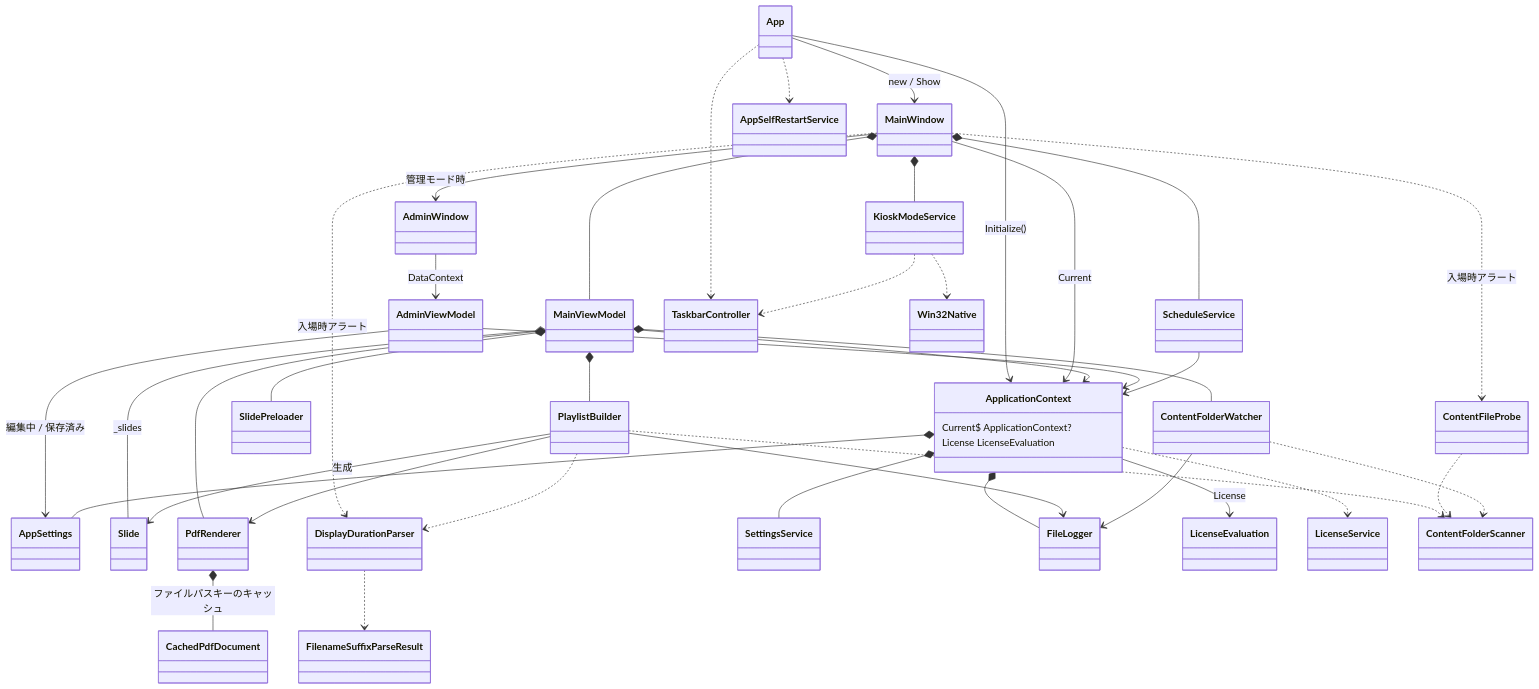
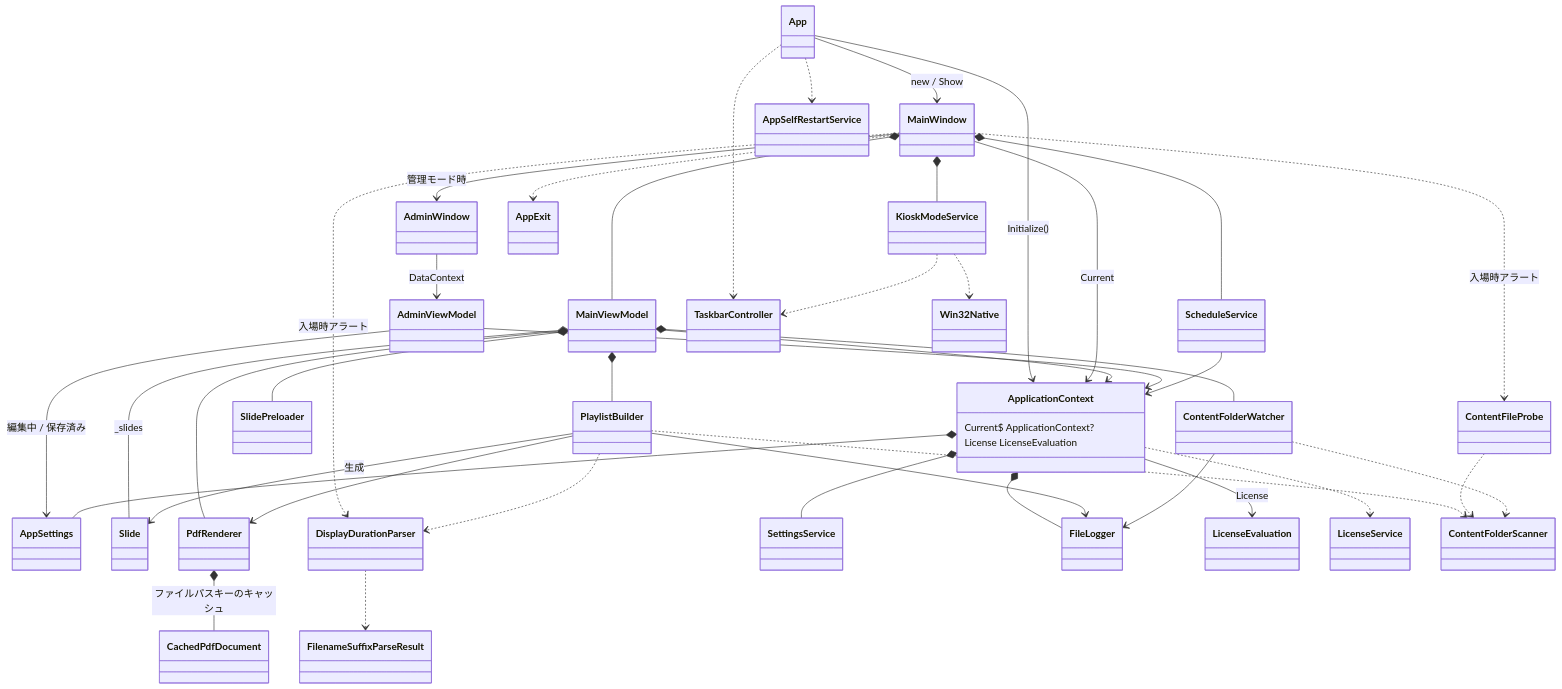
Before and after one commit to kamanori3/SimpleDigitalSignage: the first of 10 diagrams in docs/クラス設計図.md, drawn with Mermaid. The commit also changed other lines of this file and 27 other files, not shown here.

````diff
--- a/docs/クラス設計図.md
+++ b/docs/クラス設計図.md
@@ -33,76 +33,77 @@
 ```mermaid
 classDiagram
   direction TB
 
   class App
   class ApplicationContext {
     Current$ ApplicationContext?
     License LicenseEvaluation
   }
   class MainWindow
   class AdminWindow
   class MainViewModel
   class AdminViewModel
   class AppSettings
   class Slide
   class DisplayDurationParser
   class ContentFileProbe
   class FilenameSuffixParseResult
   class PlaylistBuilder
   class PdfRenderer
   class CachedPdfDocument
   class SlidePreloader
   class ContentFolderWatcher
   class ScheduleService
   class KioskModeService
   class SettingsService
   class FileLogger
 
   App --> ApplicationContext : Initialize()
   App --> MainWindow : new / Show
   App ..> AppSelfRestartService
   App ..> TaskbarController
 
   MainWindow *-- MainViewModel
   MainWindow *-- KioskModeService
   MainWindow *-- ScheduleService
   MainWindow --> AdminWindow : 管理モード時
   MainWindow --> ApplicationContext : Current
+  MainWindow ..> AppExit
   MainWindow ..> DisplayDurationParser : 入場時アラート
   MainWindow ..> ContentFileProbe : 入場時アラート
 
   AdminWindow --> AdminViewModel : DataContext
 
   MainViewModel --> ApplicationContext
   MainViewModel *-- PdfRenderer
   MainViewModel *-- PlaylistBuilder
   MainViewModel *-- SlidePreloader
   MainViewModel *-- ContentFolderWatcher
   MainViewModel o-- Slide : _slides
 
   AdminViewModel --> ApplicationContext
   AdminViewModel --> AppSettings : 編集中 / 保存済み
 
   ApplicationContext *-- AppSettings
   ApplicationContext *-- FileLogger
   ApplicationContext *-- SettingsService
   ApplicationContext --> LicenseEvaluation : License
   ApplicationContext ..> LicenseService
 
   PlaylistBuilder --> PdfRenderer
   PlaylistBuilder --> FileLogger
   PlaylistBuilder ..> ContentFolderScanner
   PlaylistBuilder ..> DisplayDurationParser
   DisplayDurationParser ..> FilenameSuffixParseResult
   ContentFileProbe ..> ContentFolderScanner
   PlaylistBuilder --> Slide : 生成
 
   PdfRenderer *-- CachedPdfDocument : ファイルパスキーのキャッシュ
 
   ContentFolderWatcher --> FileLogger
   ContentFolderWatcher ..> ContentFolderScanner
 
   ScheduleService --> ApplicationContext
   KioskModeService ..> TaskbarController
   KioskModeService ..> Win32Native
 ```
````
